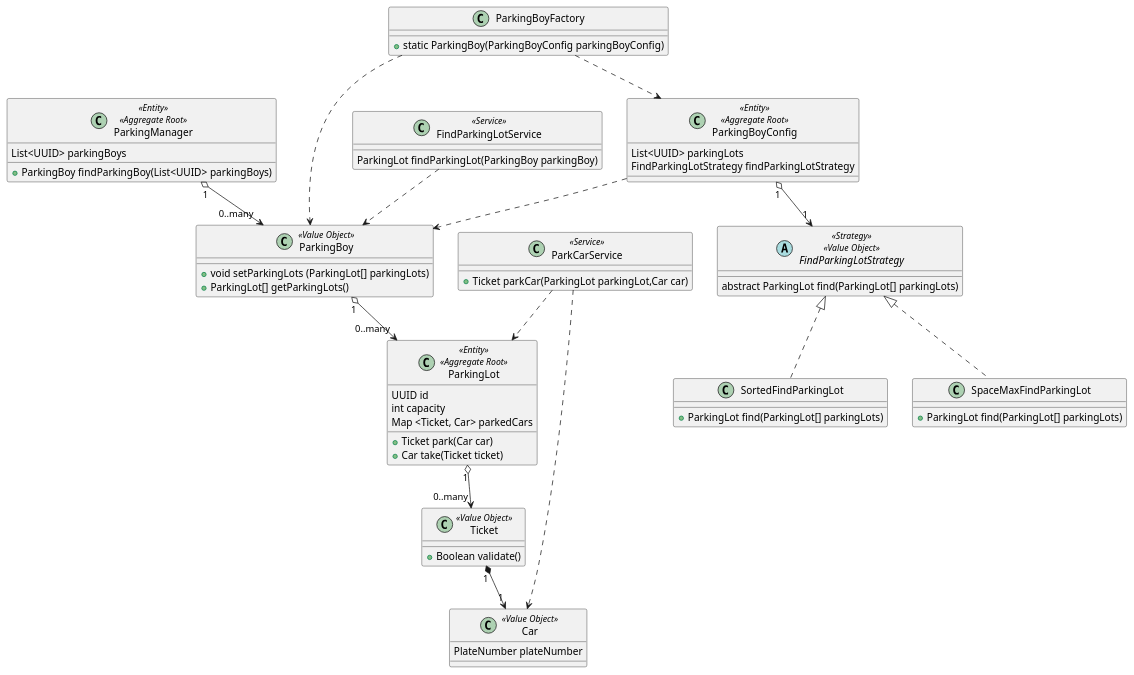
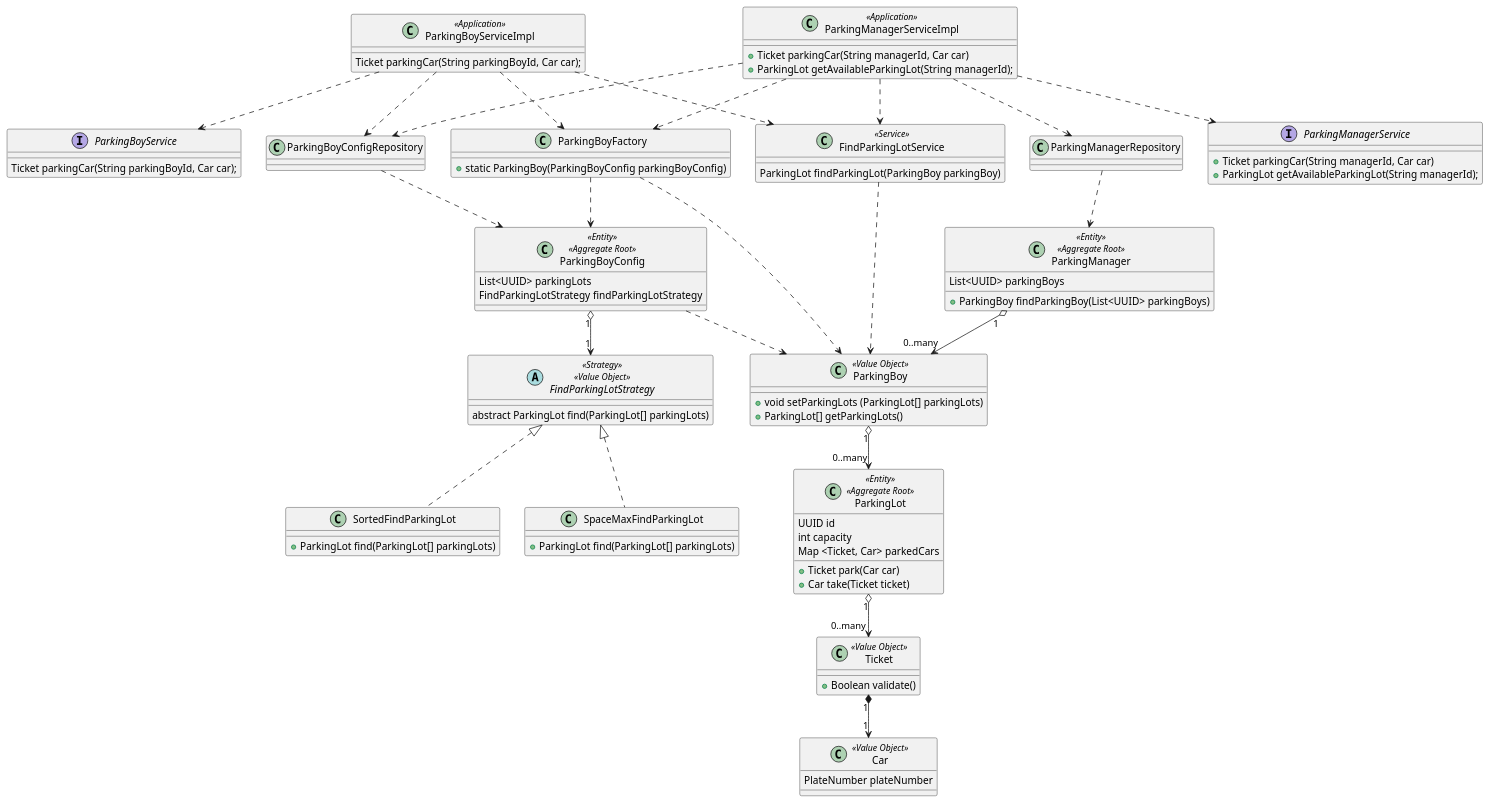
Before and after one commit to hanrongMan/ddd: the diagram in parkingLot.puml, drawn with PlantUML. The commit also changed 3 other files, not shown here.

```diff
--- a/parkingLot.puml
+++ b/parkingLot.puml
@@ -1,75 +1,102 @@
 @startuml
+
+interface ParkingBoyService{
+ Ticket parkingCar(String parkingBoyId, Car car);
+}
+
+interface ParkingManagerService{
+ + Ticket parkingCar(String managerId, Car car)
+ + ParkingLot getAvailableParkingLot(String managerId);
+}
+class ParkingManagerServiceImpl <<Application>>{
+ + Ticket parkingCar(String managerId, Car car)
+ +  ParkingLot getAvailableParkingLot(String managerId);
+}
+
+class ParkingBoyServiceImpl <<Application>> {
+ Ticket parkingCar(String parkingBoyId, Car car);
+}
 
 Class ParkingManager <<Entity>> <<Aggregate Root>>  {
   List<UUID> parkingBoys
 
 + ParkingBoy findParkingBoy(List<UUID> parkingBoys)
 }
 
 Class ParkingBoy <<Value Object>> {
   + void setParkingLots (ParkingLot[] parkingLots)
   + ParkingLot[] getParkingLots()
 }
 
 Class ParkingBoyConfig  << Entity >> <<Aggregate Root>>{
   List<UUID> parkingLots
   FindParkingLotStrategy findParkingLotStrategy
 }
 
 class ParkingLot << Entity >> <<Aggregate Root>> {
   UUID id
   int capacity
   Map <Ticket, Car> parkedCars
 
   + Ticket park(Car car)
   + Car take(Ticket ticket)
 }
 
 Class Car << Value Object >> {
     PlateNumber plateNumber
 }
 
 Class Ticket << Value Object >> {
   + Boolean validate()
 }
 
 class FindParkingLotService <<Service>> {
 ParkingLot findParkingLot(ParkingBoy parkingBoy)
 }
 
-class ParkCarService <<Service>> {
-+ Ticket parkCar(ParkingLot parkingLot,Car car)
-}
-
 abstract class FindParkingLotStrategy <<Strategy>> <<Value Object>>{
 abstract ParkingLot find(ParkingLot[] parkingLots)
 }
 
 Class SortedFindParkingLot{
 +ParkingLot find(ParkingLot[] parkingLots)
 }
 
 Class SpaceMaxFindParkingLot{
 +ParkingLot find(ParkingLot[] parkingLots)
 }
 
 Class ParkingBoyFactory {
 +static ParkingBoy(ParkingBoyConfig parkingBoyConfig)
 }
 
 FindParkingLotStrategy  <|.. SortedFindParkingLot
 FindParkingLotStrategy  <|.. SpaceMaxFindParkingLot
 ParkingManager "1" o--> "0..many" ParkingBoy
 Ticket "1" *--> "1" Car
 ParkingLot "1" o--> "0..many" Ticket
 ParkingBoy "1" o--> "0..many" ParkingLot
 ParkingBoyConfig "1" o--> "1" FindParkingLotStrategy
 FindParkingLotService ..> ParkingBoy
-ParkCarService ..> ParkingLot
-ParkCarService ..> Car
 ParkingBoyConfig ..> ParkingBoy
 
 ParkingBoyFactory ..>ParkingBoy
 ParkingBoyFactory ..>ParkingBoyConfig
 
+ParkingBoyServiceImpl ..> ParkingBoyConfigRepository
+ParkingBoyServiceImpl ..> FindParkingLotService
+ParkingBoyServiceImpl ..> ParkingBoyFactory
+
+ParkingManagerServiceImpl ..> ParkingBoyConfigRepository
+ParkingManagerServiceImpl ..> FindParkingLotService
+ParkingManagerServiceImpl ..>  ParkingManagerRepository
+ParkingManagerServiceImpl ..> ParkingBoyFactory
+
+ParkingBoyConfigRepository ..>ParkingBoyConfig
+ParkingManagerRepository ..>ParkingManager
+
+ParkingManagerServiceImpl ..>ParkingManagerService
+ParkingBoyServiceImpl ..>ParkingBoyService
+
+
 @enduml
```
